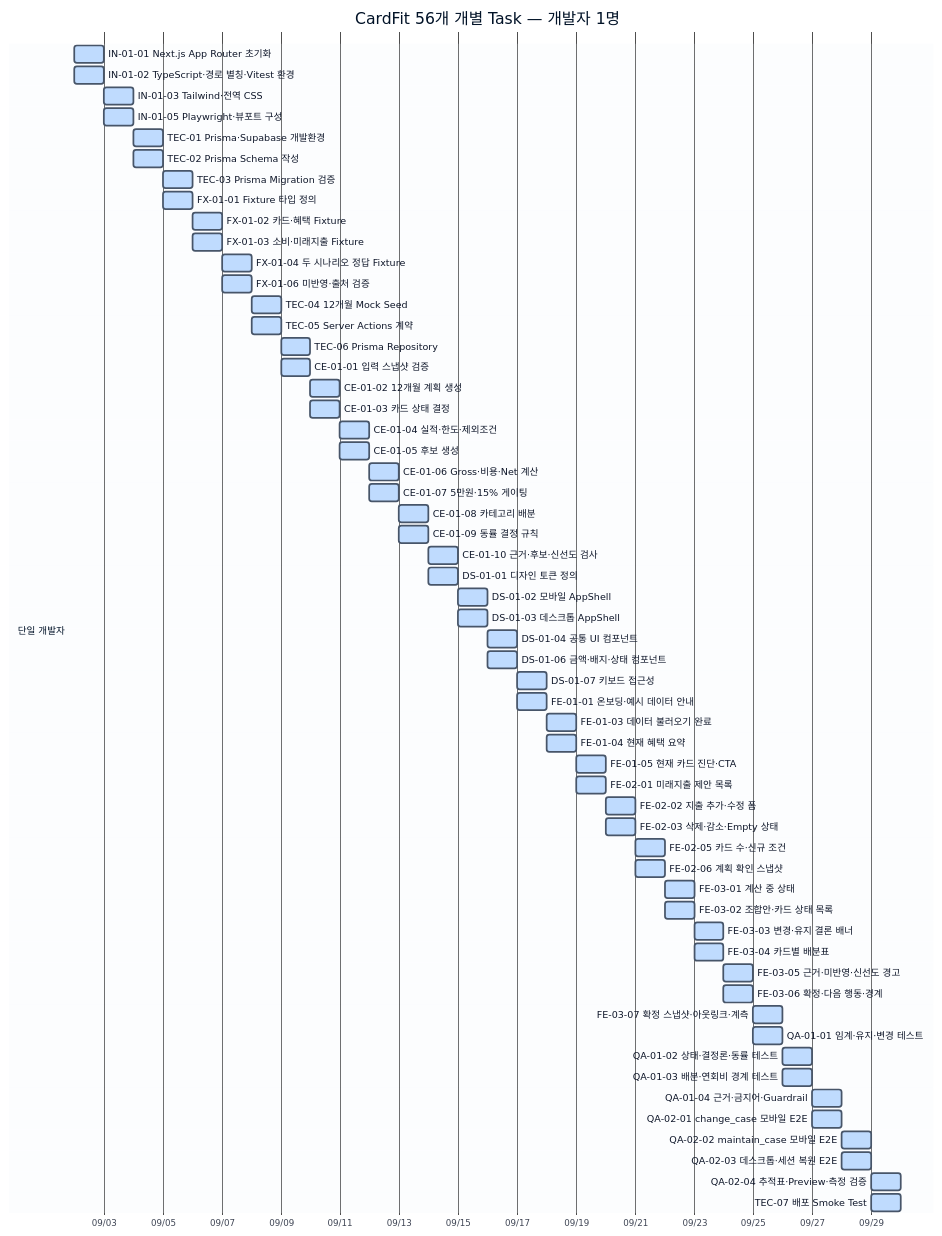
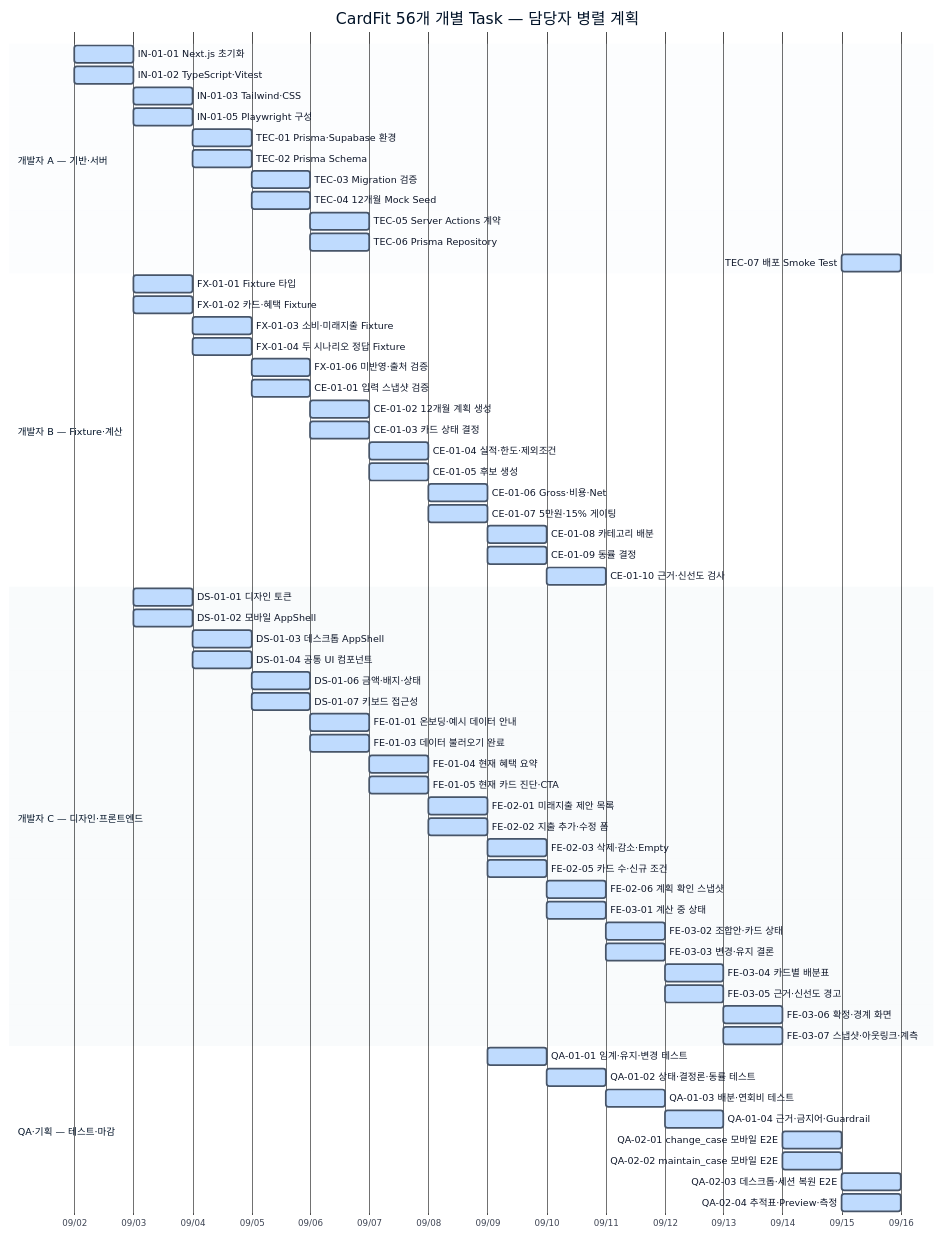
One commit to maybeaj/cardfit changed the second of 2 diagrams in docs/tasks/DEPENDENCY_GANTT.md. Above: the diagram before and after it, drawn with Mermaid. The commit also changed other lines of this file, not shown here.

Commit message:
docs: parallelize gantt by task owners

````diff
--- a/docs/tasks/DEPENDENCY_GANTT.md
+++ b/docs/tasks/DEPENDENCY_GANTT.md
@@ -42,65 +65,71 @@
 ```mermaid
-%%{init: {"theme":"base", "themeVariables": {"primaryColor":"#bfdbfe", "primaryTextColor":"#0f172a", "primaryBorderColor":"#475569", "taskBkgColor":"#bfdbfe", "taskTextColor":"#0f172a", "taskTextOutsideColor":"#0f172a", "critBkgColor":"#fecaca", "critBorderColor":"#dc2626", "sectionBkgColor":"#f1f5f9", "sectionBkgColor2":"#e2e8f0"}}}%%
+%%{init: {"theme":"base", "themeVariables": {"primaryColor":"#bfdbfe", "primaryTextColor":"#0f172a", "primaryBorderColor":"#475569", "taskBkgColor":"#bfdbfe", "taskTextColor":"#0f172a", "taskTextOutsideColor":"#0f172a", "critBkgColor":"#fecaca", "critBorderColor":"#dc2626", "activeTaskBkgColor":"#fed7aa", "activeTaskBorderColor":"#ea580c", "sectionBkgColor":"#f1f5f9", "sectionBkgColor2":"#e2e8f0"}}}%%
 gantt
-    title CardFit 56개 개별 Task — 개발자 1명
+    title CardFit 56개 개별 Task — 담당자 병렬 계획
     dateFormat  YYYY-MM-DD
     axisFormat  %m/%d
 
-    section 단일 개발자
-    IN-01-01 Next.js App Router 초기화 :a01, 2026-09-02, 0.5d
-    IN-01-02 TypeScript·경로 별칭·Vitest 환경 :a02, 2026-09-02, 0.5d
-    IN-01-03 Tailwind·전역 CSS :a03, 2026-09-03, 0.5d
-    IN-01-05 Playwright·뷰포트 구성 :a04, 2026-09-03, 0.5d
-    TEC-01 Prisma·Supabase 개발환경 :a05, 2026-09-04, 0.5d
-    TEC-02 Prisma Schema 작성 :a06, 2026-09-04, 0.5d
-    TEC-03 Prisma Migration 검증 :a07, 2026-09-05, 0.5d
-    FX-01-01 Fixture 타입 정의 :a08, 2026-09-05, 0.5d
-    FX-01-02 카드·혜택 Fixture :a09, 2026-09-06, 0.5d
-    FX-01-03 소비·미래지출 Fixture :a10, 2026-09-06, 0.5d
-    FX-01-04 두 시나리오 정답 Fixture :a11, 2026-09-07, 0.5d
-    FX-01-06 미반영·출처 검증 :a12, 2026-09-07, 0.5d
-    TEC-04 12개월 Mock Seed :a13, 2026-09-08, 0.5d
-    TEC-05 Server Actions 계약 :a14, 2026-09-08, 0.5d
-    TEC-06 Prisma Repository :a15, 2026-09-09, 0.5d
-    CE-01-01 입력 스냅샷 검증 :a16, 2026-09-09, 0.5d
-    CE-01-02 12개월 계획 생성 :a17, 2026-09-10, 0.5d
-    CE-01-03 카드 상태 결정 :a18, 2026-09-10, 0.5d
-    CE-01-04 실적·한도·제외조건 :a19, 2026-09-11, 0.5d
-    CE-01-05 후보 생성 :a20, 2026-09-11, 0.5d
-    CE-01-06 Gross·비용·Net 계산 :a21, 2026-09-12, 0.5d
-    CE-01-07 5만원·15% 게이팅 :a22, 2026-09-12, 0.5d
-    CE-01-08 카테고리 배분 :a23, 2026-09-13, 0.5d
-    CE-01-09 동률 결정 규칙 :a24, 2026-09-13, 0.5d
-    CE-01-10 근거·후보·신선도 검사 :a25, 2026-09-14, 0.5d
-    DS-01-01 디자인 토큰 정의 :a26, 2026-09-14, 0.5d
-    DS-01-02 모바일 AppShell :a27, 2026-09-15, 0.5d
-    DS-01-03 데스크톱 AppShell :a28, 2026-09-15, 0.5d
-    DS-01-04 공통 UI 컴포넌트 :a29, 2026-09-16, 0.5d
-    DS-01-06 금액·배지·상태 컴포넌트 :a30, 2026-09-16, 0.5d
-    DS-01-07 키보드 접근성 :a31, 2026-09-17, 0.5d
-    FE-01-01 온보딩·예시 데이터 안내 :a32, 2026-09-17, 0.5d
-    FE-01-03 데이터 불러오기 완료 :a33, 2026-09-18, 0.5d
-    FE-01-04 현재 혜택 요약 :a34, 2026-09-18, 0.5d
-    FE-01-05 현재 카드 진단·CTA :a35, 2026-09-19, 0.5d
-    FE-02-01 미래지출 제안 목록 :a36, 2026-09-19, 0.5d
-    FE-02-02 지출 추가·수정 폼 :a37, 2026-09-20, 0.5d
-    FE-02-03 삭제·감소·Empty 상태 :a38, 2026-09-20, 0.5d
-    FE-02-05 카드 수·신규 조건 :a39, 2026-09-21, 0.5d
-    FE-02-06 계획 확인 스냅샷 :a40, 2026-09-21, 0.5d
-    FE-03-01 계산 중 상태 :a41, 2026-09-22, 0.5d
-    FE-03-02 조합안·카드 상태 목록 :a42, 2026-09-22, 0.5d
-    FE-03-03 변경·유지 결론 배너 :a43, 2026-09-23, 0.5d
-    FE-03-04 카드별 배분표 :a44, 2026-09-23, 0.5d
-    FE-03-05 근거·미반영·신선도 경고 :a45, 2026-09-24, 0.5d
-    FE-03-06 확정·다음 행동·경계 :a46, 2026-09-24, 0.5d
-    FE-03-07 확정 스냅샷·아웃링크·계측 :a47, 2026-09-25, 0.5d
-    QA-01-01 임계·유지·변경 테스트 :a48, 2026-09-25, 0.5d
-    QA-01-02 상태·결정론·동률 테스트 :a49, 2026-09-26, 0.5d
-    QA-01-03 배분·연회비 경계 테스트 :a50, 2026-09-26, 0.5d
-    QA-01-04 근거·금지어·Guardrail :a51, 2026-09-27, 0.5d
-    QA-02-01 change_case 모바일 E2E :a52, 2026-09-27, 0.5d
-    QA-02-02 maintain_case 모바일 E2E :a53, 2026-09-28, 0.5d
-    QA-02-03 데스크톱·세션 복원 E2E :a54, 2026-09-28, 0.5d
-    QA-02-04 추적표·Preview·측정 검증 :a55, 2026-09-29, 0.5d
-    TEC-07 배포 Smoke Test :a56, 2026-09-29, 0.5d
+    section 개발자 A — 기반·서버
+    IN-01-01 Next.js 초기화 :a01, 2026-09-02, 0.5d
+    IN-01-02 TypeScript·Vitest :a02, 2026-09-02, 0.5d
+    IN-01-03 Tailwind·CSS :a03, 2026-09-03, 0.5d
+    IN-01-05 Playwright 구성 :a04, 2026-09-03, 0.5d
+    TEC-01 Prisma·Supabase 환경 :a05, 2026-09-04, 0.5d
+    TEC-02 Prisma Schema :a06, 2026-09-04, 0.5d
+    TEC-03 Migration 검증 :a07, 2026-09-05, 0.5d
+    TEC-04 12개월 Mock Seed :a08, 2026-09-05, 0.5d
+    TEC-05 Server Actions 계약 :a09, 2026-09-06, 0.5d
+    TEC-06 Prisma Repository :a10, 2026-09-06, 0.5d
+    TEC-07 배포 Smoke Test :a11, 2026-09-15, 0.5d
+
+    section 개발자 B — Fixture·계산
+    FX-01-01 Fixture 타입 :b01, 2026-09-03, 0.5d
+    FX-01-02 카드·혜택 Fixture :b02, 2026-09-03, 0.5d
+    FX-01-03 소비·미래지출 Fixture :b03, 2026-09-04, 0.5d
+    FX-01-04 두 시나리오 정답 Fixture :b04, 2026-09-04, 0.5d
+    FX-01-06 미반영·출처 검증 :b05, 2026-09-05, 0.5d
+    CE-01-01 입력 스냅샷 검증 :b06, 2026-09-05, 0.5d
+    CE-01-02 12개월 계획 생성 :b07, 2026-09-06, 0.5d
+    CE-01-03 카드 상태 결정 :b08, 2026-09-06, 0.5d
+    CE-01-04 실적·한도·제외조건 :b09, 2026-09-07, 0.5d
+    CE-01-05 후보 생성 :b10, 2026-09-07, 0.5d
+    CE-01-06 Gross·비용·Net :b11, 2026-09-08, 0.5d
+    CE-01-07 5만원·15% 게이팅 :b12, 2026-09-08, 0.5d
+    CE-01-08 카테고리 배분 :b13, 2026-09-09, 0.5d
+    CE-01-09 동률 결정 :b14, 2026-09-09, 0.5d
+    CE-01-10 근거·신선도 검사 :b15, 2026-09-10, 0.5d
+
+    section 개발자 C — 디자인·프론트엔드
+    DS-01-01 디자인 토큰 :c01, 2026-09-03, 0.5d
+    DS-01-02 모바일 AppShell :c02, 2026-09-03, 0.5d
+    DS-01-03 데스크톱 AppShell :c03, 2026-09-04, 0.5d
+    DS-01-04 공통 UI 컴포넌트 :c04, 2026-09-04, 0.5d
+    DS-01-06 금액·배지·상태 :c05, 2026-09-05, 0.5d
+    DS-01-07 키보드 접근성 :c06, 2026-09-05, 0.5d
+    FE-01-01 온보딩·예시 데이터 안내 :c07, 2026-09-06, 0.5d
+    FE-01-03 데이터 불러오기 완료 :c08, 2026-09-06, 0.5d
+    FE-01-04 현재 혜택 요약 :c09, 2026-09-07, 0.5d
+    FE-01-05 현재 카드 진단·CTA :c10, 2026-09-07, 0.5d
+    FE-02-01 미래지출 제안 목록 :c11, 2026-09-08, 0.5d
+    FE-02-02 지출 추가·수정 폼 :c12, 2026-09-08, 0.5d
+    FE-02-03 삭제·감소·Empty :c13, 2026-09-09, 0.5d
+    FE-02-05 카드 수·신규 조건 :c14, 2026-09-09, 0.5d
+    FE-02-06 계획 확인 스냅샷 :c15, 2026-09-10, 0.5d
+    FE-03-01 계산 중 상태 :c16, 2026-09-10, 0.5d
+    FE-03-02 조합안·카드 상태 :c17, 2026-09-11, 0.5d
+    FE-03-03 변경·유지 결론 :c18, 2026-09-11, 0.5d
+    FE-03-04 카드별 배분표 :c19, 2026-09-12, 0.5d
+    FE-03-05 근거·신선도 경고 :c20, 2026-09-12, 0.5d
+    FE-03-06 확정·경계 화면 :c21, 2026-09-13, 0.5d
+    FE-03-07 스냅샷·아웃링크·계측 :c22, 2026-09-13, 0.5d
+
+    section QA·기획 — 테스트·마감
+    QA-01-01 임계·유지·변경 테스트 :q01, 2026-09-09, 0.5d
+    QA-01-02 상태·결정론·동률 테스트 :q02, 2026-09-10, 0.5d
+    QA-01-03 배분·연회비 테스트 :q03, 2026-09-11, 0.5d
+    QA-01-04 근거·금지어·Guardrail :q04, 2026-09-12, 0.5d
+    QA-02-01 change_case 모바일 E2E :q05, 2026-09-14, 0.5d
+    QA-02-02 maintain_case 모바일 E2E :q06, 2026-09-14, 0.5d
+    QA-02-03 데스크톱·세션 복원 E2E :q07, 2026-09-15, 0.5d
+    QA-02-04 추적표·Preview·측정 :q08, 2026-09-15, 0.5d
 ```
````
